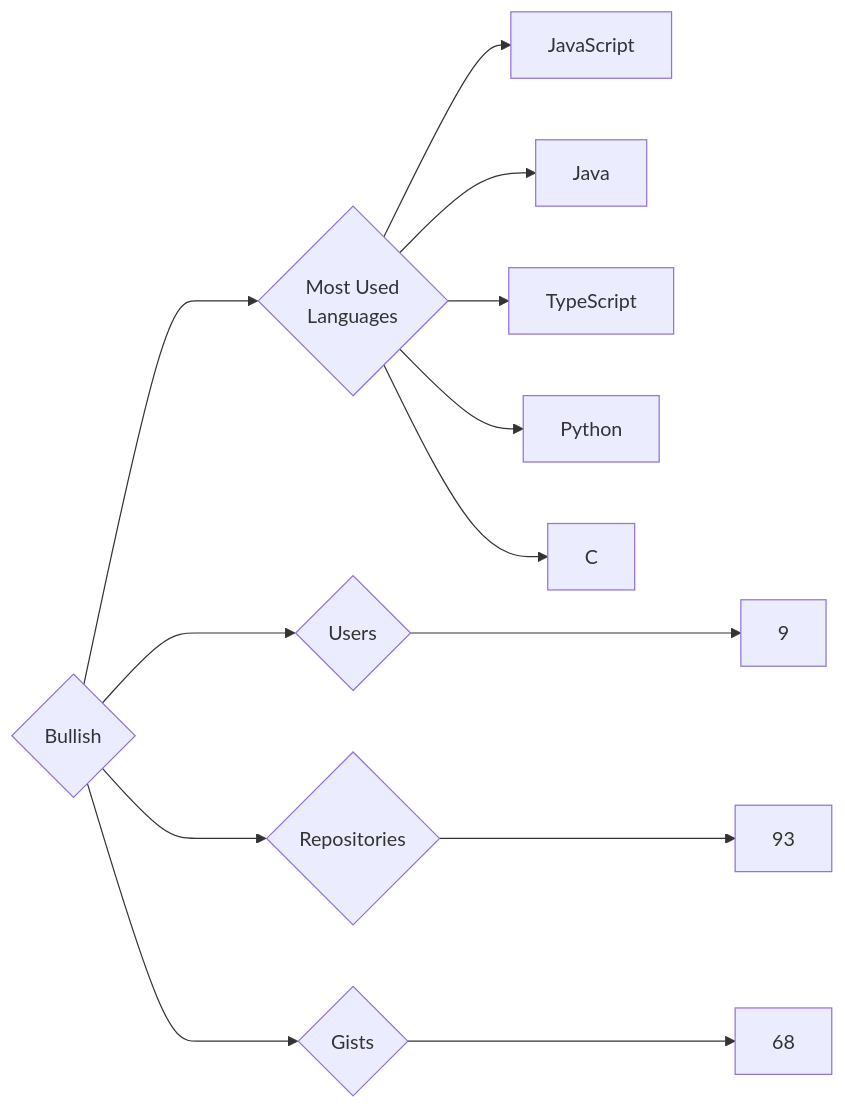
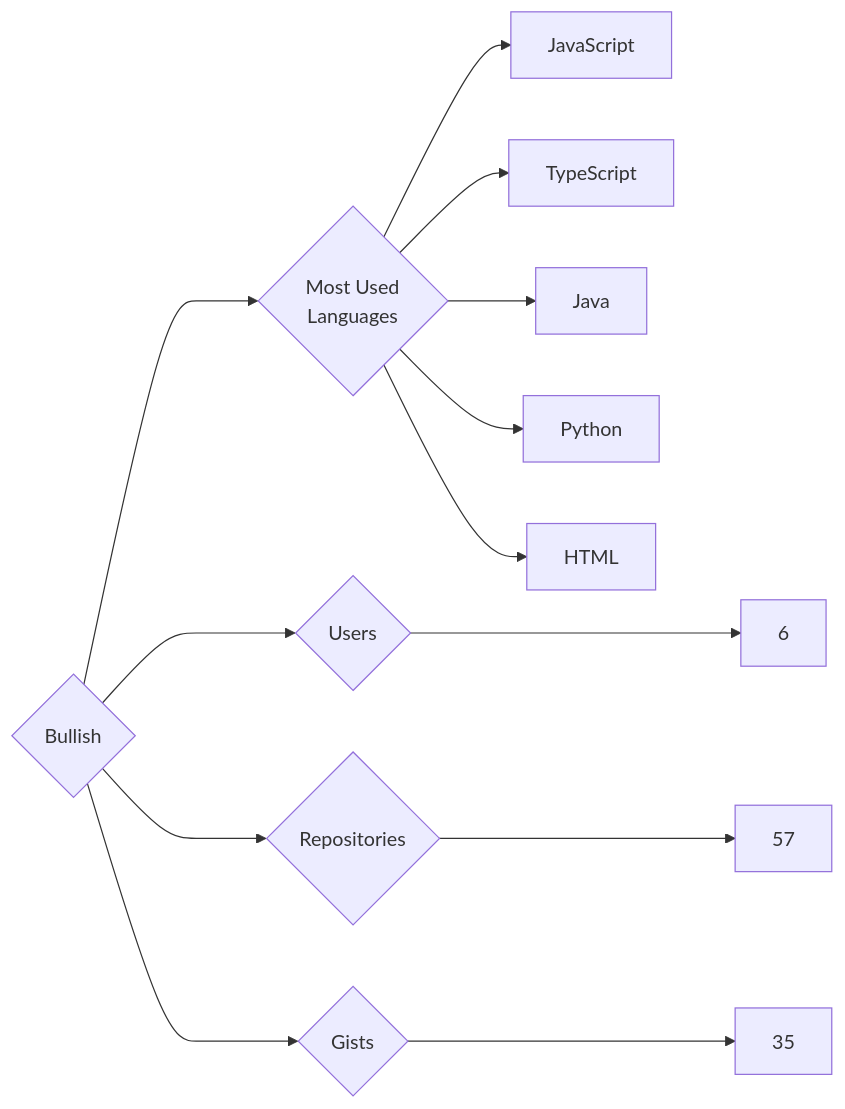
The diagram in targets/Bullish/README.md (trickest/insiders), drawn with Mermaid before and after one commit. The commit also changed 1084 other files, not shown here.

````diff
--- a/targets/Bullish/README.md
+++ b/targets/Bullish/README.md
@@ -3,13 +3,13 @@
 ```mermaid
 graph LR
 COMPANY_NAME{Bullish}
-COMPANY_NAME ---> U{Users} ---> UN[9]
-COMPANY_NAME ---> R{Repositories} ---> RN[93]
-COMPANY_NAME ---> G{Gists} ---> GN[68]
+COMPANY_NAME ---> U{Users} ---> UN[6]
+COMPANY_NAME ---> R{Repositories} ---> RN[57]
+COMPANY_NAME ---> G{Gists} ---> GN[35]
 COMPANY_NAME ---> ML{Most Used<br>Languages}
 ML --> JavaScript[JavaScript]
+ML --> TypeScript[TypeScript]
 ML --> Java[Java]
-ML --> TypeScript[TypeScript]
 ML --> Python[Python]
-ML --> C[C]
+ML --> HTML[HTML]
 ```
````
